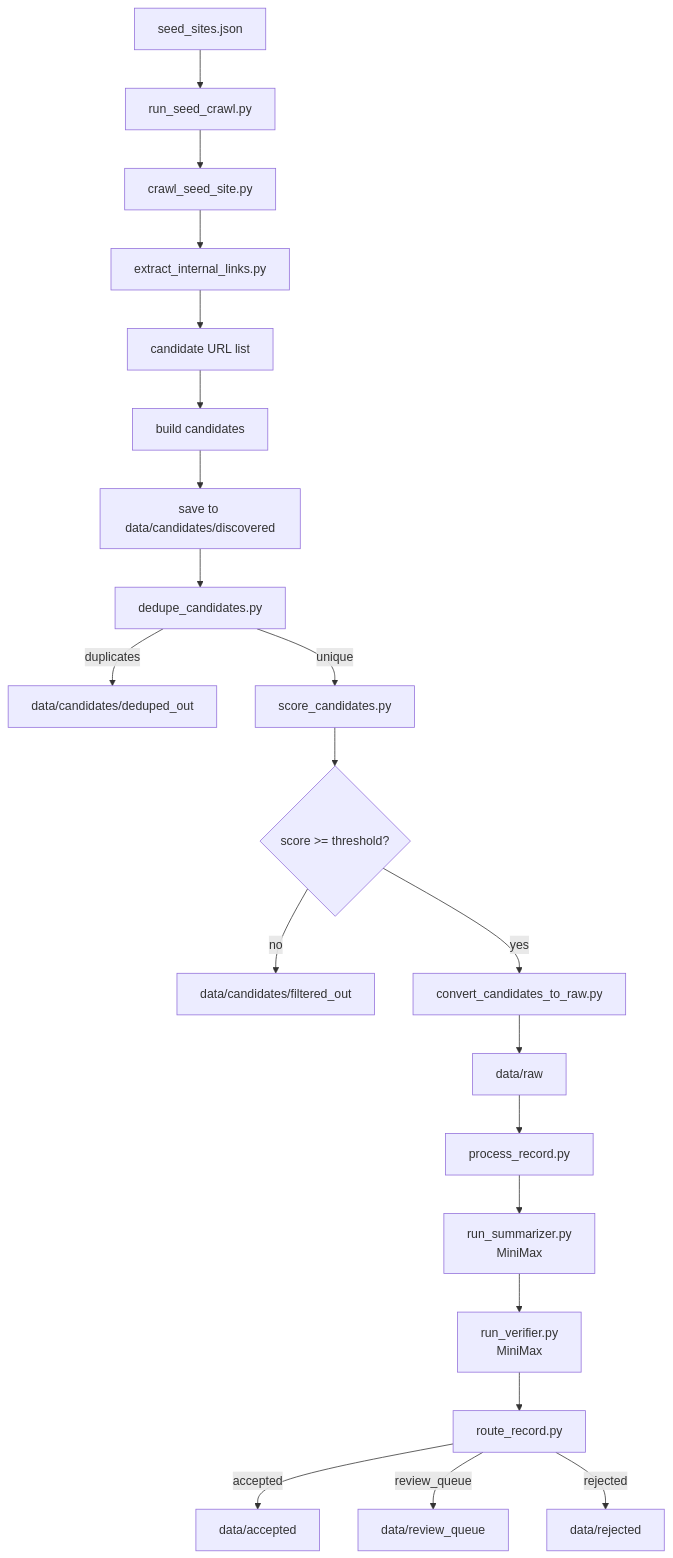
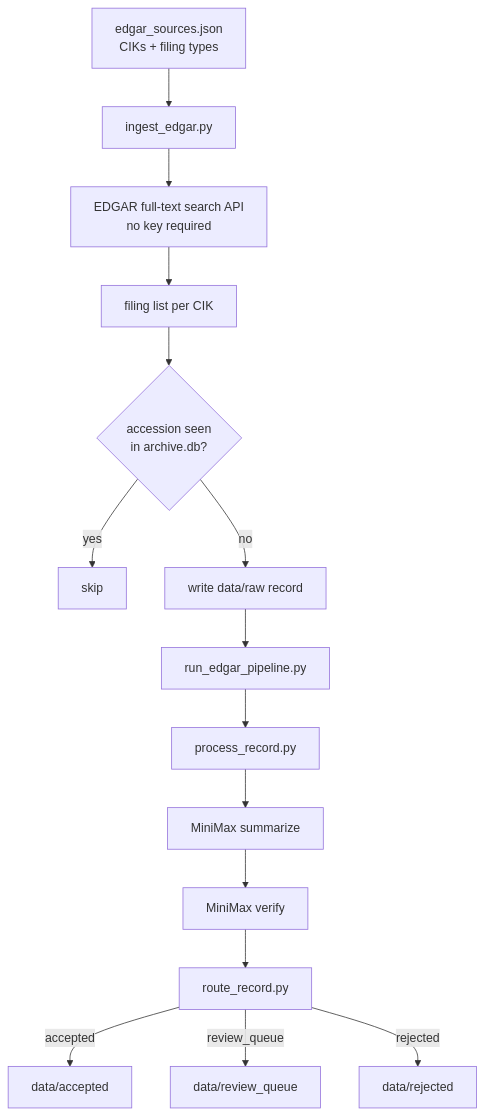
The fourth of 16 diagrams in README.md (RishiJain905/Finance-Research-Archive), drawn with Mermaid before and after one commit. The commit also changed other lines of this file, not shown here.

First line of the commit message:
docs: update README for all 10 V3 phases complete with new mermaid diagrams

````diff
--- a/README.md
+++ b/README.md
@@ -284,28 +269,21 @@
 ```mermaid
 flowchart TD
-    A[seed_sites.json] --> B[run_seed_crawl.py]
-    B --> C[crawl_seed_site.py]
-    C --> D[extract_internal_links.py]
-    D --> E[candidate URL list]
-    E --> F[build candidates]
-    
-    F --> G[save to data/candidates/discovered]
-    G --> H[dedupe_candidates.py]
-    
-    H -->|duplicates| I[data/candidates/deduped_out]
-    H -->|unique| J[score_candidates.py]
-    
-    J --> K{score >= threshold?}
-    K -->|no| L[data/candidates/filtered_out]
-    K -->|yes| M[convert_candidates_to_raw.py]
-    M --> N[data/raw]
-    N --> O[process_record.py]
-    
-    O --> P[run_summarizer.py<br/>MiniMax]
-    P --> Q[run_verifier.py<br/>MiniMax]
-    Q --> R[route_record.py]
-    
-    R -->|accepted| S[data/accepted]
-    R -->|review_queue| T[data/review_queue]
-    R -->|rejected| U[data/rejected]
+    EC[edgar_sources.json<br/>CIKs + filing types] --> IE[ingest_edgar.py]
+
+    IE --> EPI[EDGAR full-text search API<br/>no key required]
+    EPI --> FILINGS[filing list per CIK]
+
+    FILINGS --> DEDUP{accession seen<br/>in archive.db?}
+    DEDUP -->|yes| SKIP[skip]
+    DEDUP -->|no| RAW[write data/raw record]
+
+    RAW --> RP[run_edgar_pipeline.py]
+    RP --> PR[process_record.py]
+    PR --> SUM[MiniMax summarize]
+    SUM --> VER[MiniMax verify]
+    VER --> RTE[route_record.py]
+
+    RTE -->|accepted| ACC[data/accepted]
+    RTE -->|review_queue| RQ[data/review_queue]
+    RTE -->|rejected| REJ[data/rejected]
 ```
````
